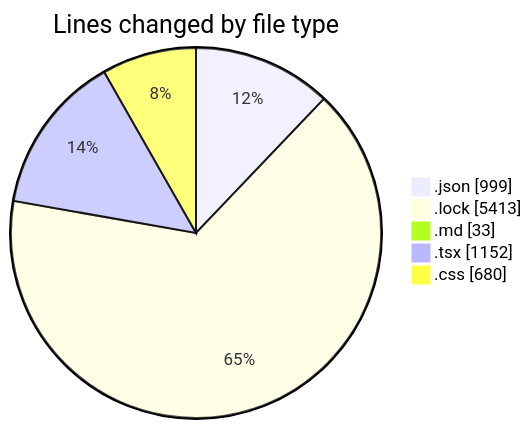
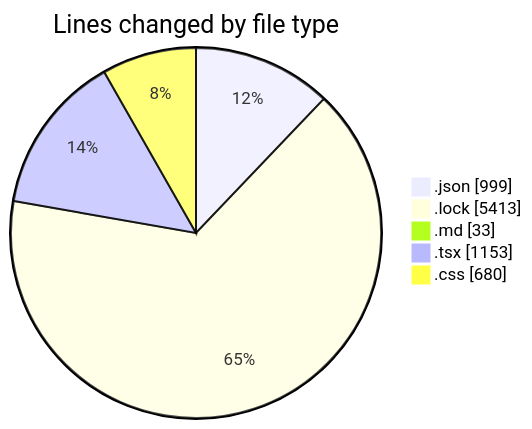
Before and after one commit to EIIisD/code-tracking: the first of 2 diagrams in 2025-08-11/ribbon/README.md, drawn with Mermaid. The commit also changed other lines of this file and 1 other file, not shown here.

````diff
--- a/2025-08-11/ribbon/README.md
+++ b/2025-08-11/ribbon/README.md
@@ -39,9 +39,9 @@
 ```mermaid
 pie showData
 title Lines changed by file type
 ".json" : 999
 ".lock" : 5413
 ".md" : 33
-".tsx" : 1152
+".tsx" : 1153
 ".css" : 680
 ```
````
